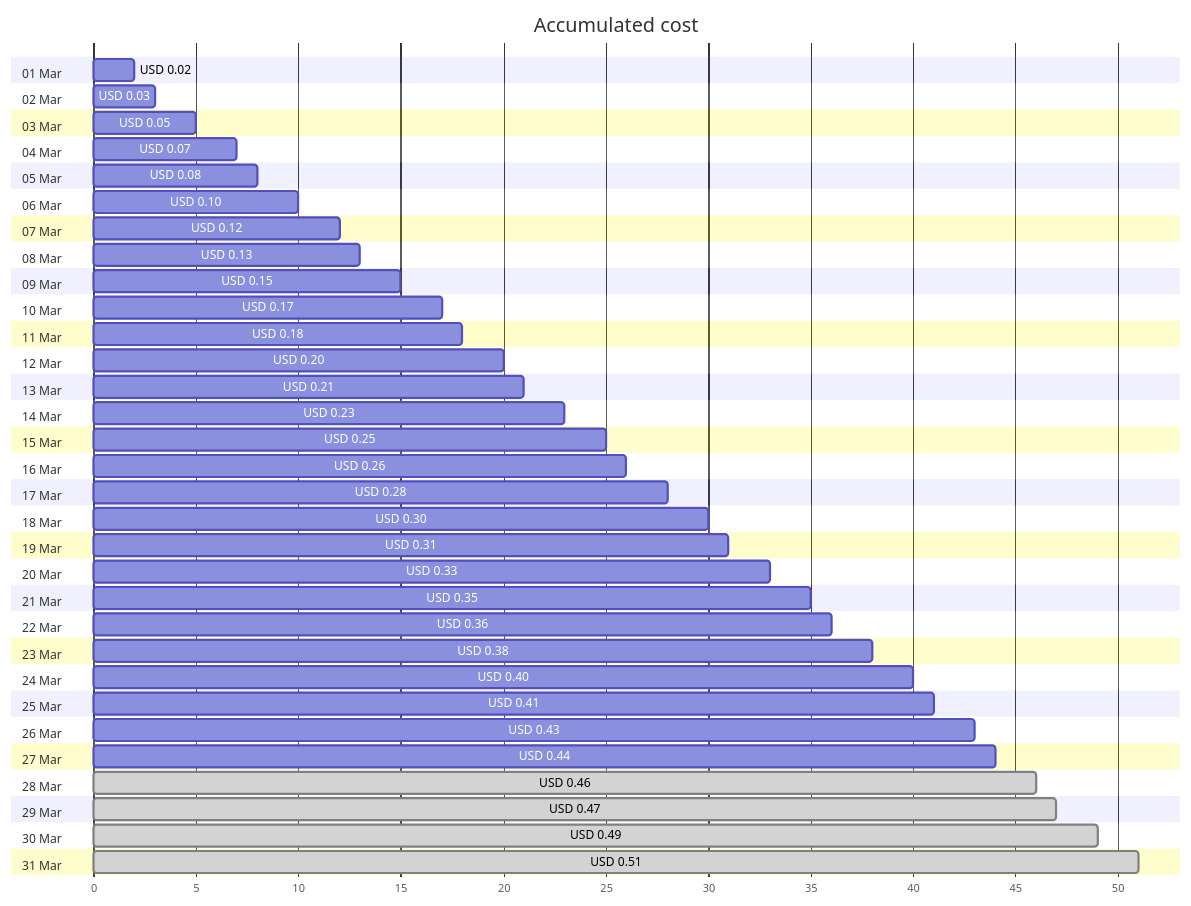
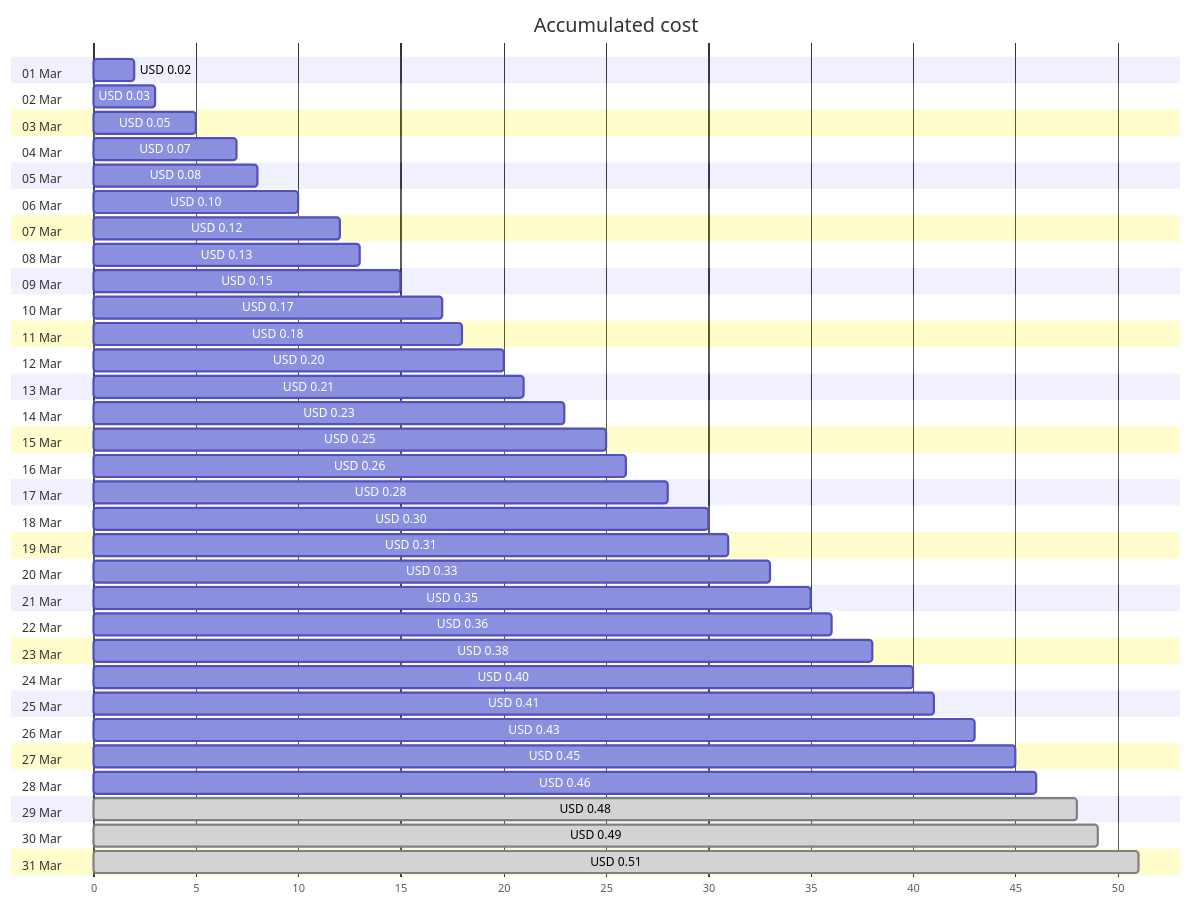
Before and after one commit to jpfulton/azure-personal-reports: the first of 4 diagrams in cost-reports/personal-dns/jpatrickfulton.dev.md, drawn with Mermaid. The commit also changed other lines of this file and 2 other files, not shown here.

````diff
--- a/cost-reports/personal-dns/jpatrickfulton.dev.md
+++ b/cost-reports/personal-dns/jpatrickfulton.dev.md
@@ -20,68 +20,68 @@
 ```mermaid
 gantt
    title Accumulated cost
    dateFormat  X
    axisFormat %s
    section 01 Mar
    USD 0.02 :0, 2
    section 02 Mar
    USD 0.03 :0, 3
    section 03 Mar
    USD 0.05 :0, 5
    section 04 Mar
    USD 0.07 :0, 7
    section 05 Mar
    USD 0.08 :0, 8
    section 06 Mar
    USD 0.10 :0, 10
    section 07 Mar
    USD 0.12 :0, 12
    section 08 Mar
    USD 0.13 :0, 13
    section 09 Mar
    USD 0.15 :0, 15
    section 10 Mar
    USD 0.17 :0, 17
    section 11 Mar
    USD 0.18 :0, 18
    section 12 Mar
    USD 0.20 :0, 20
    section 13 Mar
    USD 0.21 :0, 21
    section 14 Mar
    USD 0.23 :0, 23
    section 15 Mar
    USD 0.25 :0, 25
    section 16 Mar
    USD 0.26 :0, 26
    section 17 Mar
    USD 0.28 :0, 28
    section 18 Mar
    USD 0.30 :0, 30
    section 19 Mar
    USD 0.31 :0, 31
    section 20 Mar
    USD 0.33 :0, 33
    section 21 Mar
    USD 0.35 :0, 35
    section 22 Mar
    USD 0.36 :0, 36
    section 23 Mar
    USD 0.38 :0, 38
    section 24 Mar
    USD 0.40 :0, 40
    section 25 Mar
    USD 0.41 :0, 41
    section 26 Mar
    USD 0.43 :0, 43
    section 27 Mar
-   USD 0.44 :0, 44
+   USD 0.45 :0, 45
    section 28 Mar
-   USD 0.46 : done, 0, 46
+   USD 0.46 :0, 46
    section 29 Mar
-   USD 0.47 : done, 0, 47
+   USD 0.48 : done, 0, 48
    section 30 Mar
    USD 0.49 : done, 0, 49
    section 31 Mar
    USD 0.51 : done, 0, 51
 ```
````
